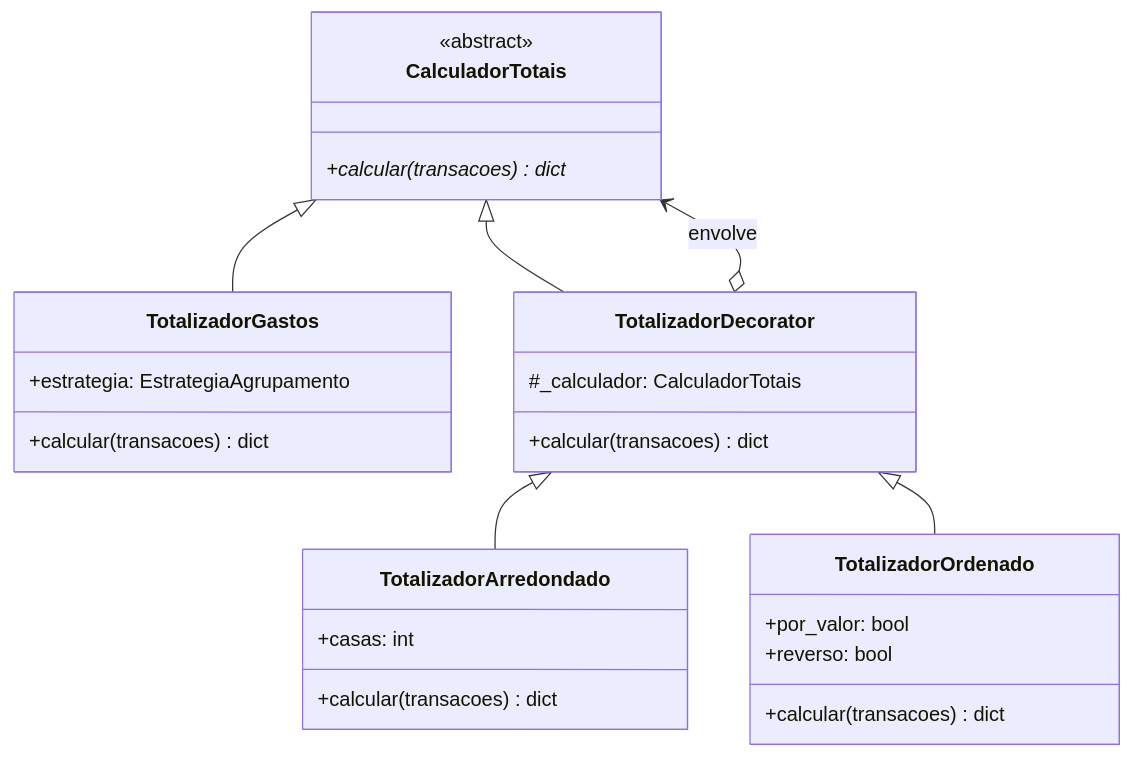
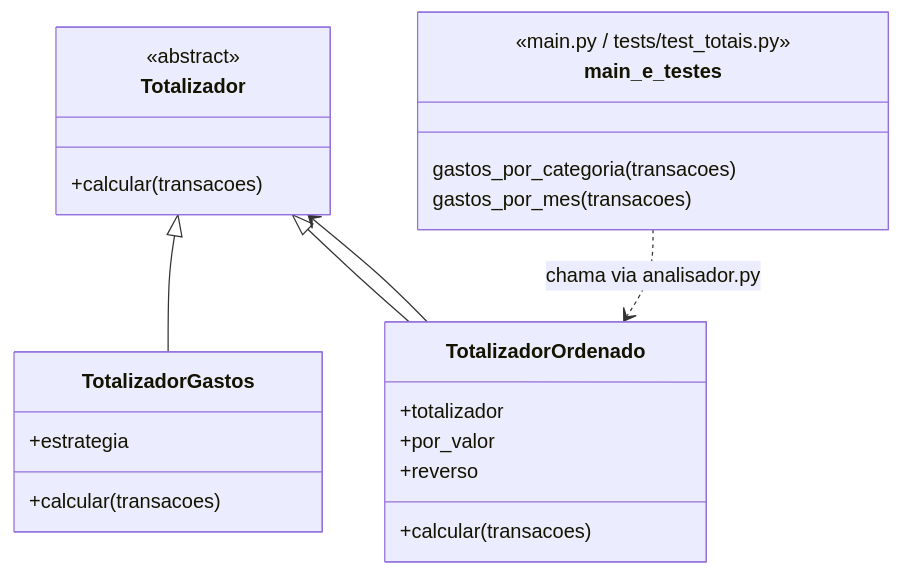
One commit to eLivrari/Atividade3-eng.software changed the second of 2 diagrams in docs/Sprint4_Historia2.md. Above: the diagram before and after it, drawn with Mermaid. The commit also changed other lines of this file and 2 other files, not shown here.

Commit message:
historia 2: simplifica refatoracao (Strategy e Decorator) e documentacao

````diff
--- a/docs/Sprint4_Historia2.md
+++ b/docs/Sprint4_Historia2.md
@@ -75,34 +52,27 @@
 ```mermaid
 classDiagram
-    class CalculadorTotais {
+    class Totalizador {
         <<abstract>>
-        +calcular(transacoes)* dict
+        +calcular(transacoes)
+    }
+    class TotalizadorGastos {
+        +estrategia
+        +calcular(transacoes)
+    }
+    class TotalizadorOrdenado {
+        +totalizador
+        +por_valor
+        +reverso
+        +calcular(transacoes)
+    }
+    class main_e_testes {
+        <<main.py / tests/test_totais.py>>
+        gastos_por_categoria(transacoes)
+        gastos_por_mes(transacoes)
     }
 
-    class TotalizadorGastos {
-        +estrategia: EstrategiaAgrupamento
-        +calcular(transacoes) dict
-    }
-
-    class TotalizadorDecorator {
-        #_calculador: CalculadorTotais
-        +calcular(transacoes) dict
-    }
-
-    class TotalizadorArredondado {
-        +casas: int
-        +calcular(transacoes) dict
-    }
-
-    class TotalizadorOrdenado {
-        +por_valor: bool
-        +reverso: bool
-        +calcular(transacoes) dict
-    }
-
-    CalculadorTotais <|-- TotalizadorGastos
-    CalculadorTotais <|-- TotalizadorDecorator
-    TotalizadorDecorator o--> CalculadorTotais : envolve
-    TotalizadorDecorator <|-- TotalizadorArredondado
-    TotalizadorDecorator <|-- TotalizadorOrdenado
+    Totalizador <|-- TotalizadorGastos
+    Totalizador <|-- TotalizadorOrdenado
+    TotalizadorOrdenado --> Totalizador
+    main_e_testes ..> TotalizadorOrdenado : chama via analisador.py
 ```
````
